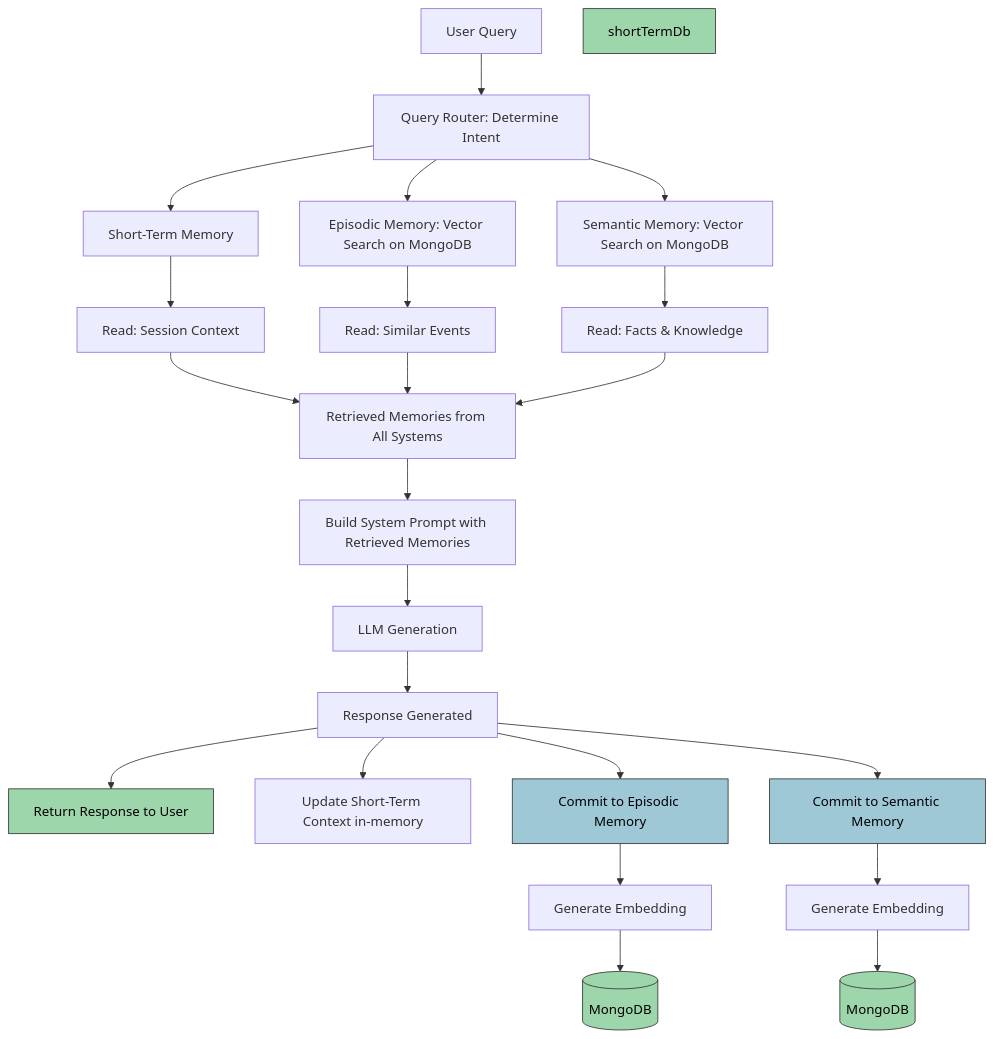
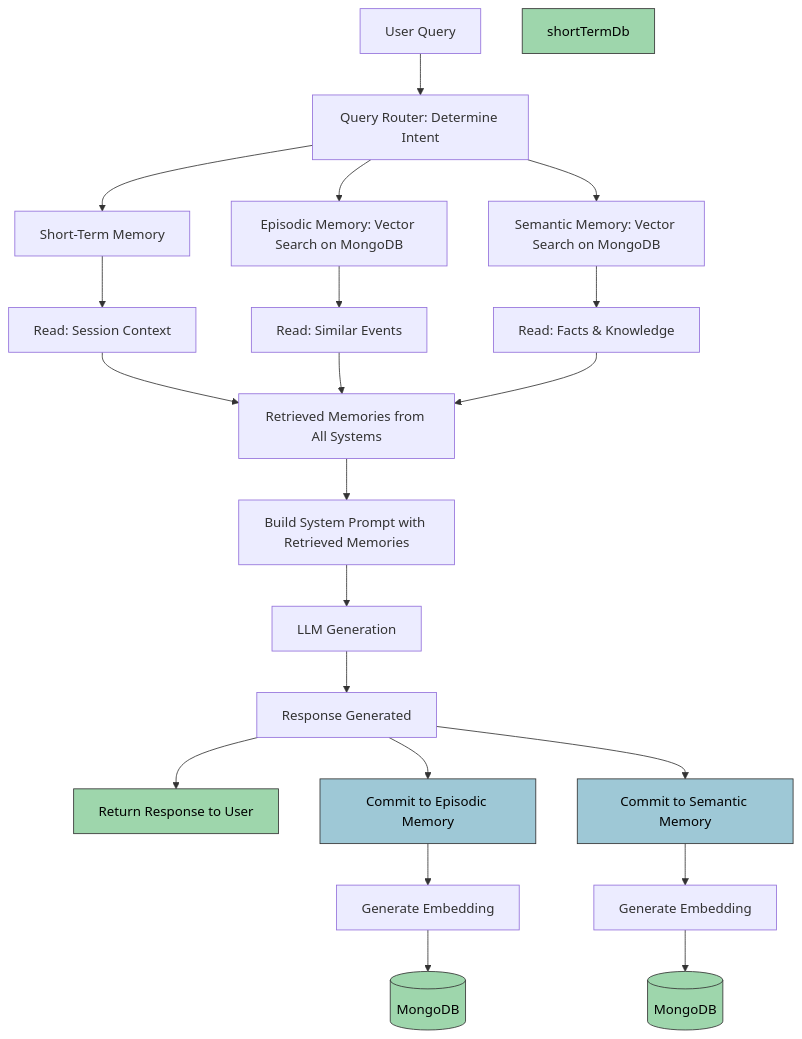
Before and after one commit to fullaware/pensive: the diagram in README.md, drawn with Mermaid.

Commit message:
Removed short-term context from workflow

````diff
--- a/README.md
+++ b/README.md
@@ -28,37 +28,36 @@
 ```mermaid
 flowchart TD
   userQuery[User Query] --> router[Query Router: Determine Intent]
   router --> shortTerm[Short-Term Memory]
   router --> episodic[Episodic Memory: Vector Search on MongoDB]
   router --> semantic[Semantic Memory: Vector Search on MongoDB]
 
   shortTerm --> shortTermRead[Read: Session Context]
   episodic --> episodicRead[Read: Similar Events]
   semantic --> semanticRead[Read: Facts & Knowledge]
 
   shortTermRead --> queryResults[Retrieved Memories from All Systems]
   episodicRead --> queryResults
   semanticRead --> queryResults
 
   queryResults --> systemPrompt[Build System Prompt with Retrieved Memories]
   systemPrompt --> llm[LLM Generation]
   llm --> response[Response Generated]
 
   response --> userReturn[Return Response to User]
-  response --> shortTermMem[Update Short-Term Context in-memory]
   
   response --> commitEpisodic[Commit to Episodic Memory]
   commitEpisodic --> episodicEmbed[Generate Embedding]
   episodicEmbed --> episodicDb[(MongoDB)]
   
   response --> commitSemantic[Commit to Semantic Memory]
   commitSemantic --> semanticEmbed[Generate Embedding]
   semanticEmbed --> semanticDb[(MongoDB)]
 
   style userReturn fill:#9ed6ac,stroke:#333, color:#000
   style shortTermDb fill:#9ed6ac,stroke:#333, color:#000
   style episodicDb fill:#9ed6ac,stroke:#333, color:#000
   style semanticDb fill:#9ed6ac,stroke:#333, color:#000
   style commitEpisodic fill:#9ec8d6,stroke:#333, color:#000
   style commitSemantic fill:#9ec8d6,stroke:#333, color:#000
 ```
````
